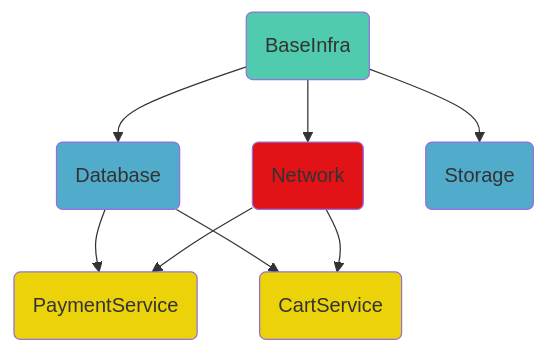
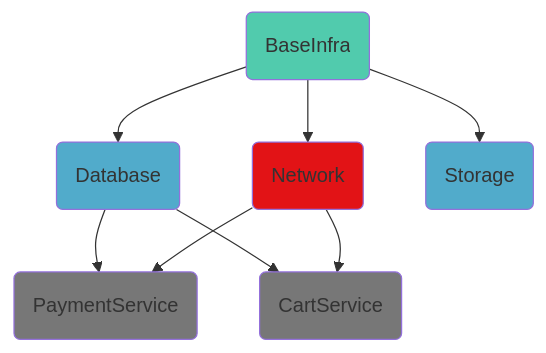
One commit to spacelift-io/user-documentation changed the seventh of 9 diagrams in docs/concepts/stack/stack-dependencies.md. Above: the diagram before and after it, drawn with Mermaid. The commit also changed other lines of this file and 10 other files, not shown here.

````diff
--- a/docs/concepts/stack/stack-dependencies.md
+++ b/docs/concepts/stack/stack-dependencies.md
@@ -207,17 +191,17 @@
 ```mermaid
 graph TD;
     baseInfraColor(BaseInfra)-->databaseColor(Database);
     baseInfraColor(BaseInfra)-->networkColor(Network);
     baseInfraColor(BaseInfra)-->storageColor(Storage);
     databaseColor(Database)-->paymentSvcColor(PaymentService);
     networkColor(Network)-->paymentSvcColor(PaymentService);
     databaseColor(Database)-->cartSvcColor(CartService);
     networkColor(Network)-->cartSvcColor(CartService);
 
     style baseInfraColor fill:#51cbad
     style networkColor fill:#e21316
-    style paymentSvcColor fill:#ecd309
-    style cartSvcColor fill:#ecd309
+    style paymentSvcColor fill:#777777
+    style cartSvcColor fill:#777777
     style storageColor fill:#51abcb
     style databaseColor fill:#51abcb
 ```
````
